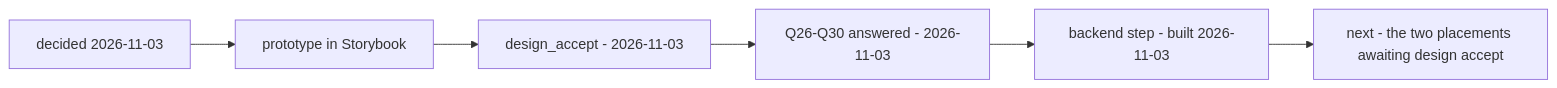
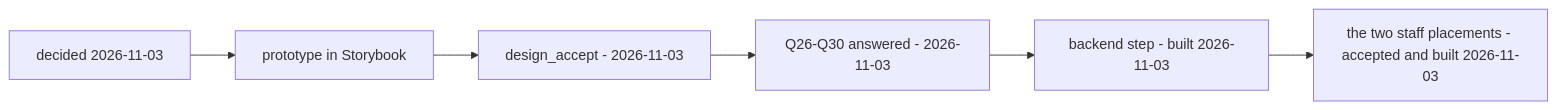
One commit to pdcgo/warehouse_revamp changed the second of 2 diagrams in docs/development_state/inventory/opname.md. Above: the diagram before and after it, drawn with Mermaid. The commit also changed other lines of this file and 348 other files, not shown here.

````diff
--- a/docs/development_state/inventory/opname.md
+++ b/docs/development_state/inventory/opname.md
@@ -77,8 +77,8 @@
 ```mermaid
 flowchart LR
   D["decided 2026-11-03"] --> P["prototype in Storybook"]
   P --> A["design_accept - 2026-11-03"]
   A --> Q["Q26-Q30 answered - 2026-11-03"]
   Q --> B["backend step - built 2026-11-03"]
-  B --> N["next - the two placements awaiting design accept"]
+  B --> N["the two staff placements - accepted and built 2026-11-03"]
 ```
````
